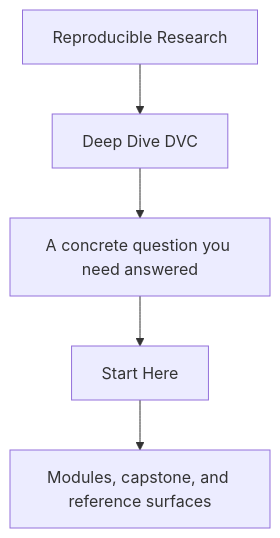
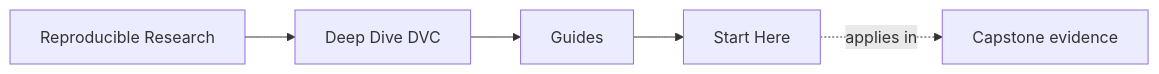
The first of 2 diagrams in programs/reproducible-research/deep-dive-dvc/course-book/guides/start-here.md (bijux/bijux-masterclass), drawn with Mermaid before and after one commit. The commit also changed other lines of this file and 55 other files, not shown here.

Commit message:
docs(deep-dive-dvc): map reproducibility and pipeline foundations

````diff
--- a/programs/reproducible-research/deep-dive-dvc/course-book/guides/start-here.md
+++ b/programs/reproducible-research/deep-dive-dvc/course-book/guides/start-here.md
@@ -6,7 +6,11 @@
 ```mermaid
-flowchart TD
-  family["Reproducible Research"] --> program["Deep Dive DVC"]
-  program --> pressure["A concrete question you need answered"]
-  pressure --> guide["Start Here"]
-  guide --> next["Modules, capstone, and reference surfaces"]
+graph LR
+  family["Reproducible Research"]
+  program["Deep Dive DVC"]
+  section["Guides"]
+  page["Start Here"]
+  capstone["Capstone evidence"]
+
+  family --> program --> section --> page
+  page -.applies in.-> capstone
 ```
````
